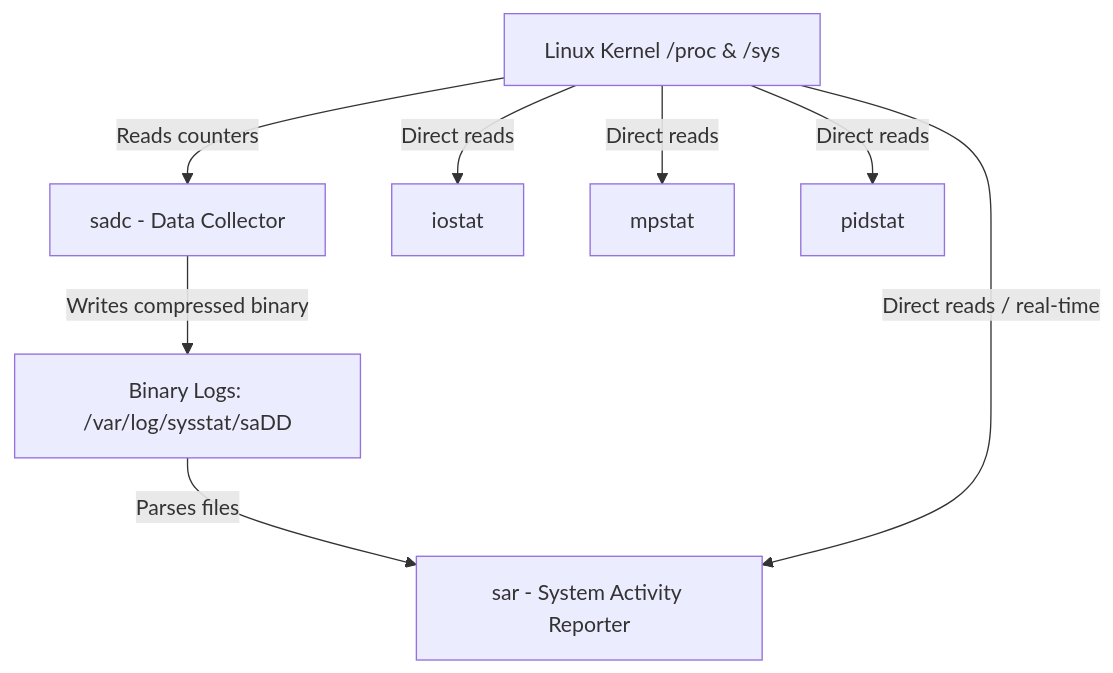
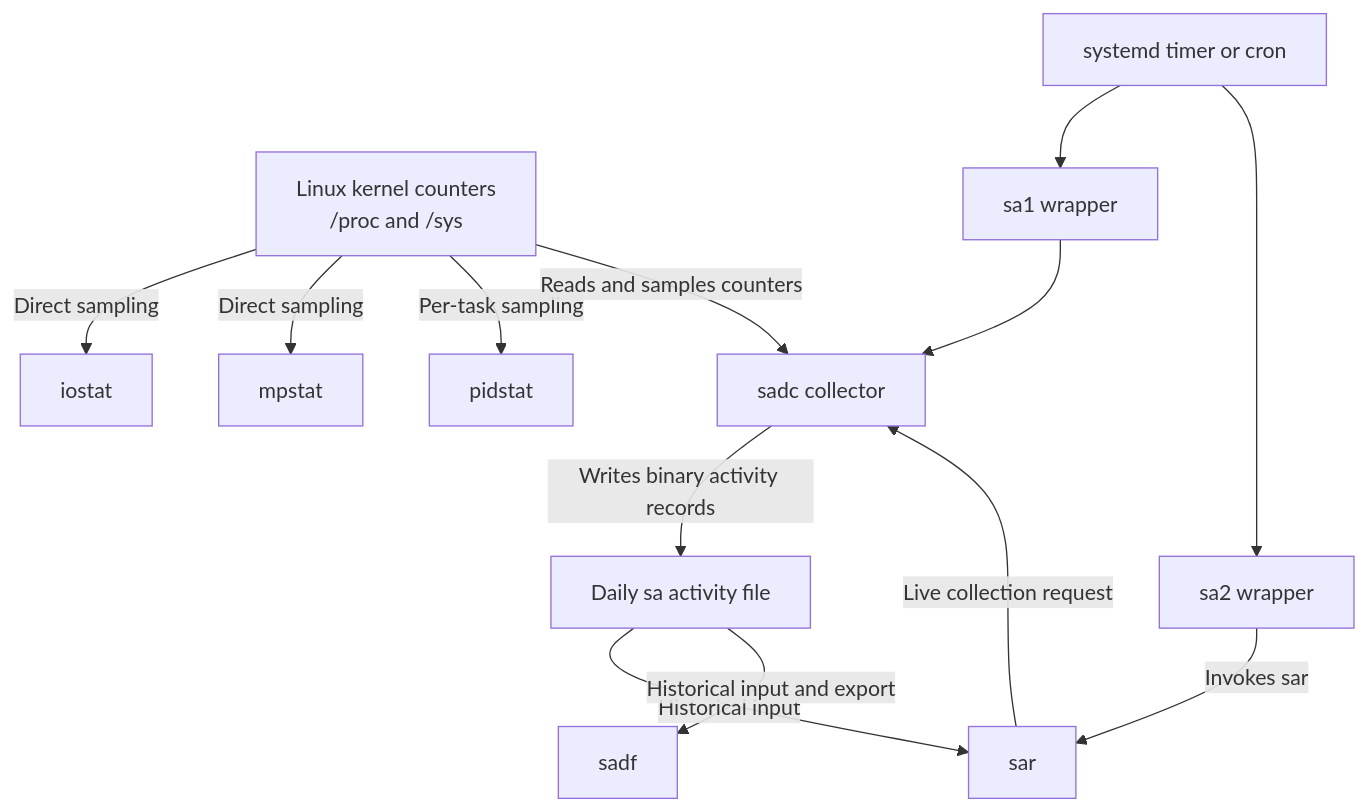
The diagram in sysstat/sysstat.md (Hownameee/note), drawn with Mermaid before and after one commit. The commit also changed other lines of this file, not shown here.

Commit message:
docs: refine sysstat architecture, installation, and build sections

````diff
--- a/sysstat/sysstat.md
+++ b/sysstat/sysstat.md
@@ -53,11 +58,16 @@
 ```mermaid
-graph TD
-    K[Linux Kernel /proc & /sys] -->|Reads counters| SADC[sadc - Data Collector]
-    K -->|Direct reads| IO[iostat]
-    K -->|Direct reads| MP[mpstat]
-    K -->|Direct reads| PID[pidstat]
-    
-    SADC -->|Writes compressed binary| LOGS[Binary Logs: /var/log/sysstat/saDD]
-    LOGS -->|Parses files| SAR[sar - System Activity Reporter]
-    K -->|Direct reads / real-time| SAR
+flowchart TD
+    K[Linux kernel counters<br/>/proc and /sys]
+    K -->|Direct sampling| IO[iostat]
+    K -->|Direct sampling| MP[mpstat]
+    K -->|Per-task sampling| PID[pidstat]
+    SAR[sar] -->|Live collection request| SADC[sadc collector]
+    K -->|Reads and samples counters| SADC
+    TIMER[systemd timer or cron] --> SA1[sa1 wrapper]
+    SA1 --> SADC
+    SADC -->|Writes binary activity records| LOGS[Daily sa activity file]
+    LOGS -->|Historical input| SAR
+    LOGS -->|Historical input and export| SADF[sadf]
+    TIMER --> SA2[sa2 wrapper]
+    SA2 -->|Invokes sar| SAR
 ```
````
